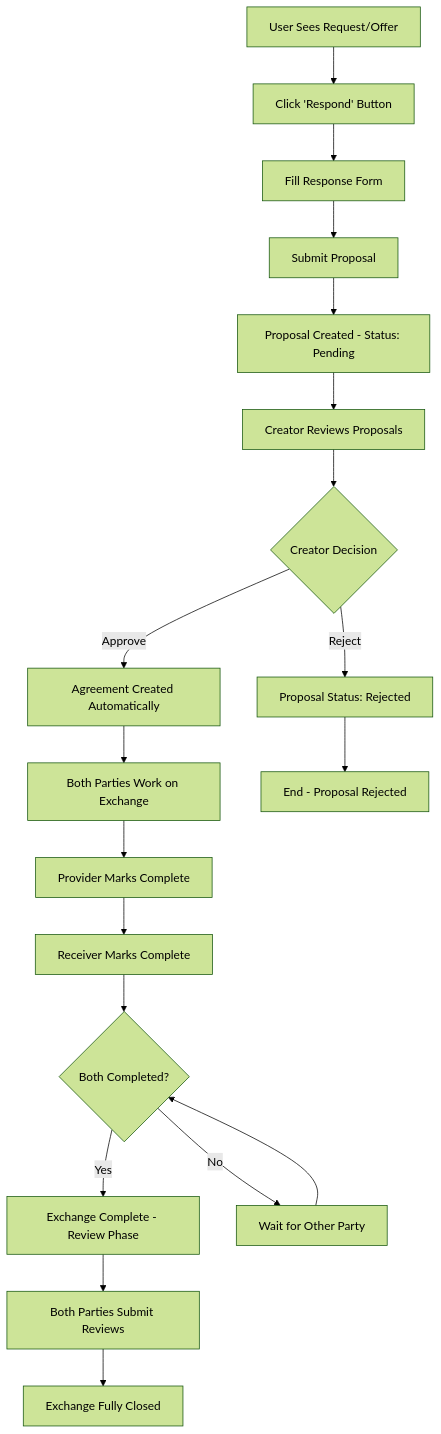
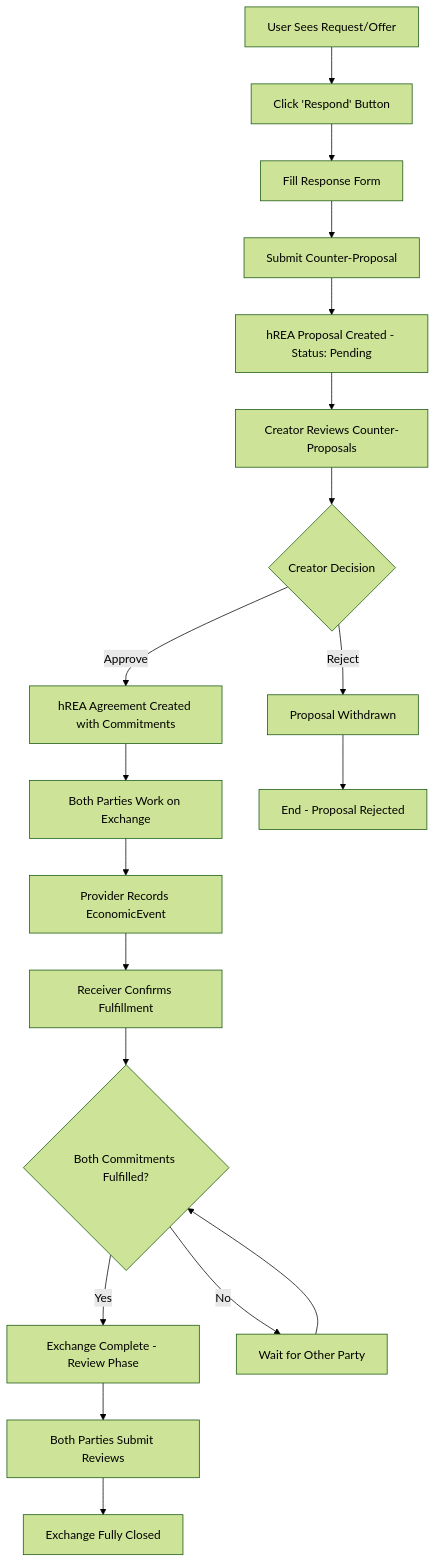
One commit to happenings-community/requests-and-offers changed the first of 2 diagrams in documentation/requirements/post-mvp/exchange-process.md. Above: the diagram before and after it, drawn with Mermaid (forest theme). The commit also changed other lines of this file and 1 other file, not shown here.

````diff
--- a/documentation/requirements/post-mvp/exchange-process.md
+++ b/documentation/requirements/post-mvp/exchange-process.md
@@ -24,27 +35,27 @@
 ```mermaid
 graph TD
     A[User Sees Request/Offer] --> B[Click 'Respond' Button]
     B --> C[Fill Response Form]
-    C --> D[Submit Proposal]
-    D --> E[Proposal Created - Status: Pending]
+    C --> D[Submit Counter-Proposal]
+    D --> E[hREA Proposal Created - Status: Pending]
 
-    E --> F[Creator Reviews Proposals]
+    E --> F[Creator Reviews Counter-Proposals]
     F --> G{Creator Decision}
 
-    G -->|Approve| H[Agreement Created Automatically]
-    G -->|Reject| I[Proposal Status: Rejected]
+    G -->|Approve| H[hREA Agreement Created with Commitments]
+    G -->|Reject| I[Proposal Withdrawn]
 
     H --> J[Both Parties Work on Exchange]
-    J --> K[Provider Marks Complete]
-    K --> L[Receiver Marks Complete]
+    J --> K[Provider Records EconomicEvent]
+    K --> L[Receiver Confirms Fulfillment]
 
-    L --> M{Both Completed?}
+    L --> M{Both Commitments Fulfilled?}
     M -->|Yes| N[Exchange Complete - Review Phase]
     M -->|No| O[Wait for Other Party]
     O --> M
 
     N --> P[Both Parties Submit Reviews]
     P --> Q[Exchange Fully Closed]
 
     I --> R[End - Proposal Rejected]
 ```
````
